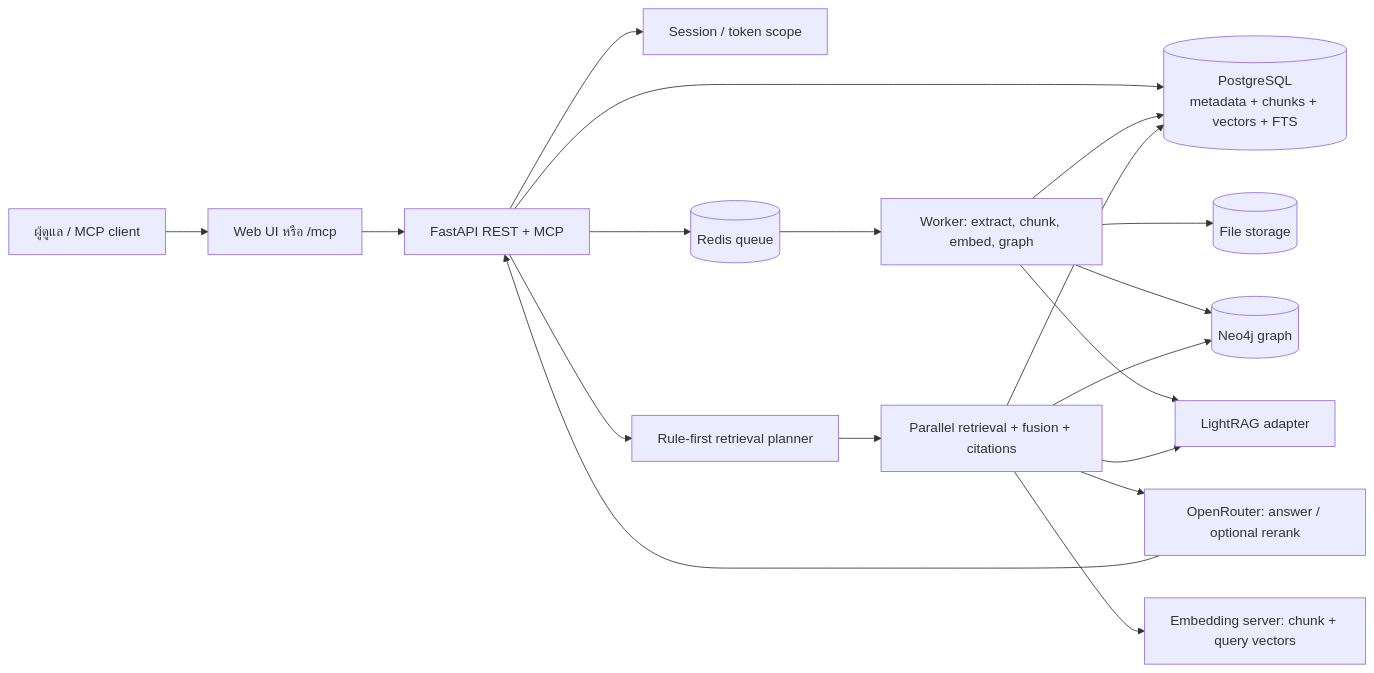
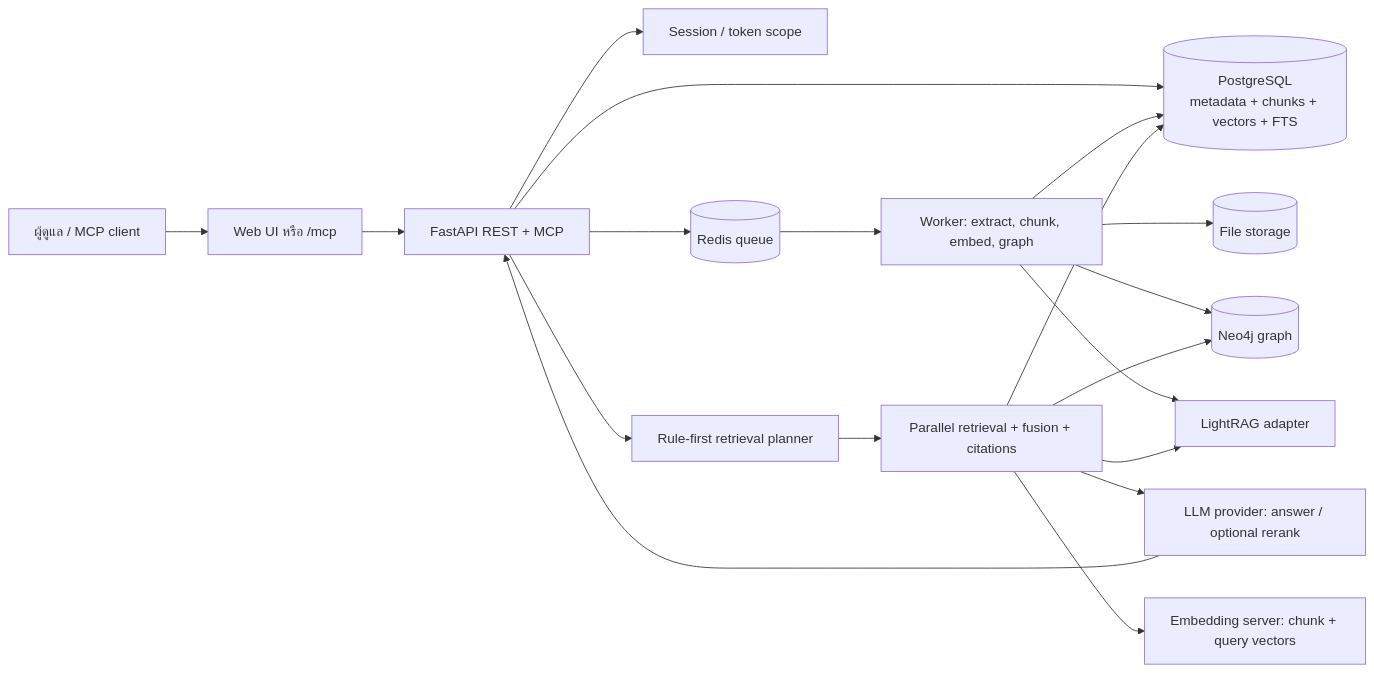
One commit to rujirapongsn2/Softnix_Knowledge_Intelligence changed the diagram in README.md. Above: the diagram before and after it, drawn with Mermaid. The commit also changed other lines of this file and 39 other files, not shown here.

First line of the commit message:
Talk to any OpenAI-compatible LLM provider, not only OpenRouter (api)

````diff
--- a/README.md
+++ b/README.md
@@ -24,21 +24,21 @@
 ```mermaid
 flowchart LR
   User[ผู้ดูแล / MCP client] --> Web[Web UI หรือ /mcp]
   Web --> API[FastAPI REST + MCP]
   API --> Auth[Session / token scope]
   API --> PG[(PostgreSQL<br/>metadata + chunks + vectors + FTS)]
   API --> Redis[(Redis queue)]
   Redis --> Worker[Worker: extract, chunk, embed, graph]
   Worker --> Files[(File storage)]
   Worker --> PG
   Worker --> Neo4j[(Neo4j graph)]
   Worker --> RAG[LightRAG adapter]
   API --> Planner[Rule-first retrieval planner]
   Planner --> Executor[Parallel retrieval + fusion + citations]
   Executor --> PG
   Executor --> Neo4j
   Executor --> RAG
-  Executor --> LLM[OpenRouter: answer / optional rerank]
+  Executor --> LLM[LLM provider: answer / optional rerank]
   Executor --> EMB[Embedding server: chunk + query vectors]
   LLM --> API
 ```
````
